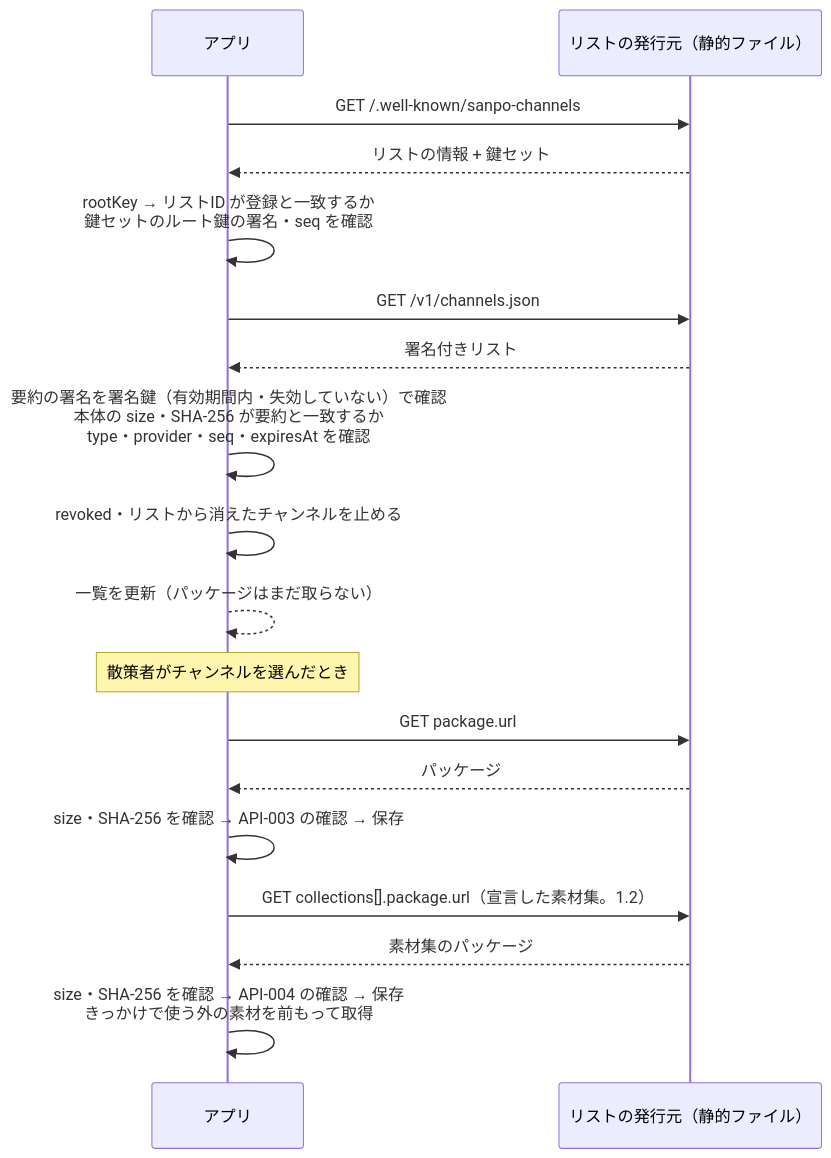
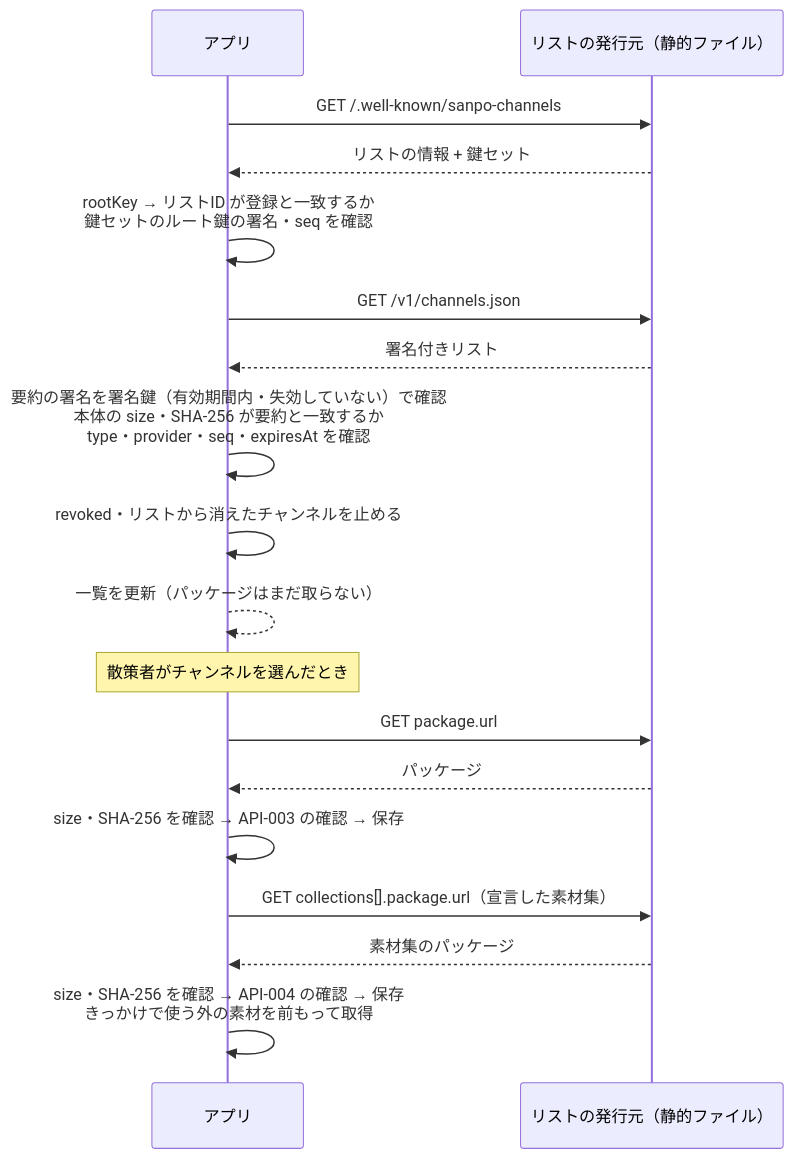
One commit to duwenji/yorisoi-platform changed the second of 2 diagrams in docs/channel-list-api.md. Above: the diagram before and after it, drawn with Mermaid. The commit also changed other lines of this file and 40 other files, not shown here.

````diff
--- a/docs/channel-list-api.md
+++ b/docs/channel-list-api.md
@@ -358,20 +354,20 @@
 ```mermaid
 sequenceDiagram
     participant A as アプリ
     participant H as リストの発行元（静的ファイル）
     A->>H: GET /.well-known/sanpo-channels
     H-->>A: リストの情報 + 鍵セット
     A->>A: rootKey → リストID が登録と一致するか<br/>鍵セットのルート鍵の署名・seq を確認
     A->>H: GET /v1/channels.json
     H-->>A: 署名付きリスト
     A->>A: 要約の署名を署名鍵（有効期間内・失効していない）で確認<br/>本体の size・SHA-256 が要約と一致するか<br/>type・provider・seq・expiresAt を確認
     A->>A: revoked・リストから消えたチャンネルを止める
     A-->>A: 一覧を更新（パッケージはまだ取らない）
     Note over A: 散策者がチャンネルを選んだとき
     A->>H: GET package.url
     H-->>A: パッケージ
     A->>A: size・SHA-256 を確認 → API-003 の確認 → 保存
-    A->>H: GET collections[].package.url（宣言した素材集。1.2）
+    A->>H: GET collections[].package.url（宣言した素材集）
     H-->>A: 素材集のパッケージ
     A->>A: size・SHA-256 を確認 → API-004 の確認 → 保存<br/>きっかけで使う外の素材を前もって取得
 ```
````
